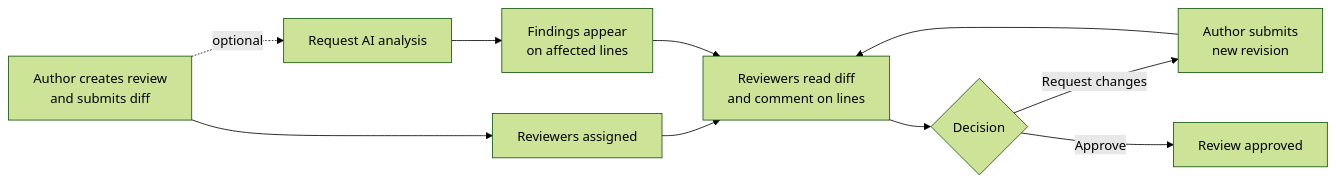
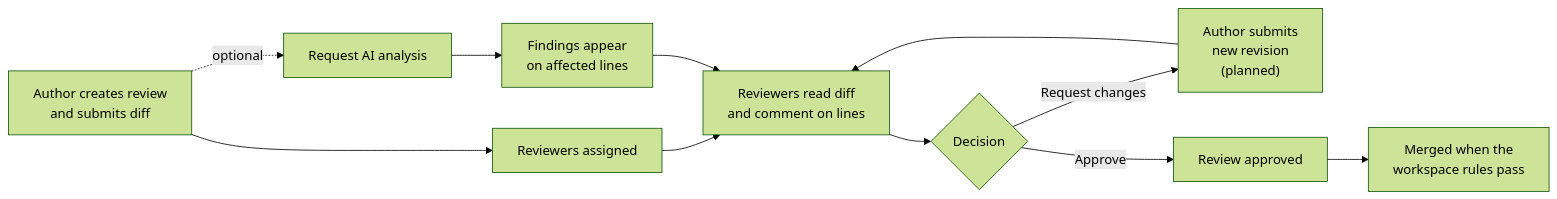
Before and after one commit to man-singh-dev/diffCraft: the first of 8 diagrams in docs/architecture.md, drawn with Mermaid (forest theme). The commit also changed other lines of this file and 34 other files, not shown here.

````diff
--- a/docs/architecture.md
+++ b/docs/architecture.md
@@ -114,12 +114,13 @@
 ```mermaid
 flowchart LR
     A[Author creates review<br/>and submits diff] --> B[Reviewers assigned]
     B --> C[Reviewers read diff<br/>and comment on lines]
     A -. optional .-> D[Request AI analysis]
     D --> E[Findings appear<br/>on affected lines]
     E --> C
     C --> F{Decision}
-    F -- Request changes --> G[Author submits<br/>new revision]
+    F -- Request changes --> G["Author submits<br/>new revision<br/>(planned)"]
     G --> C
     F -- Approve --> H[Review approved]
+    H --> M[Merged when the<br/>workspace rules pass]
 ```
````
